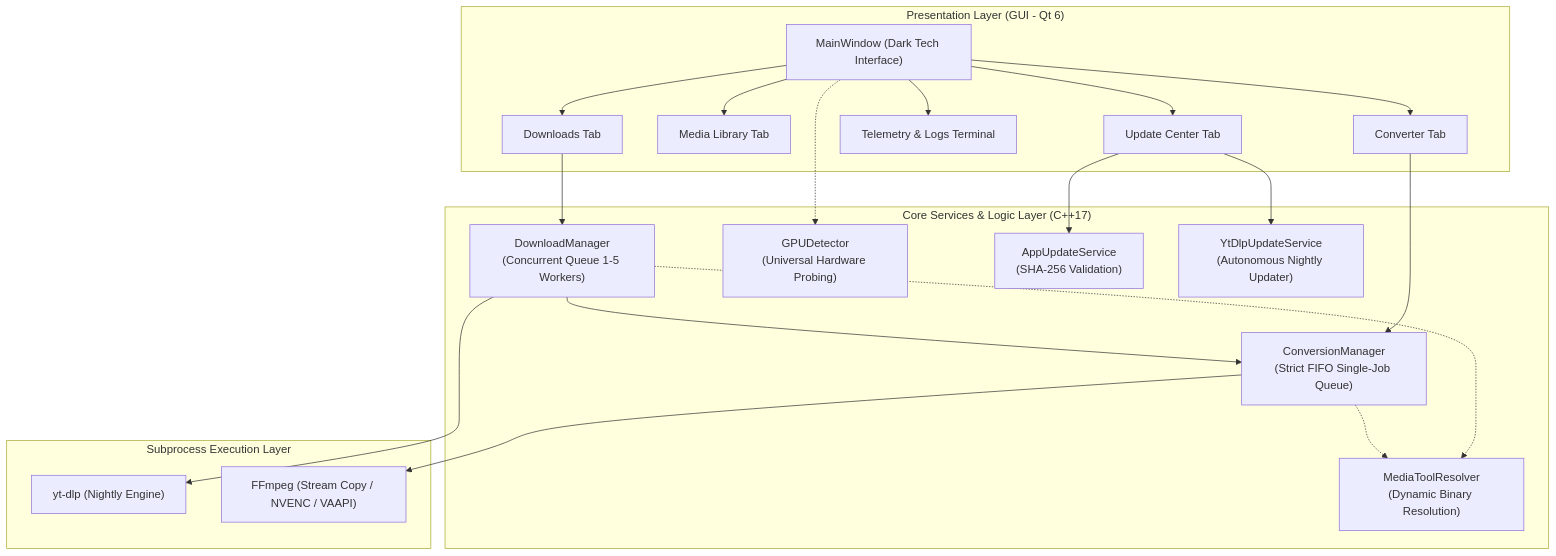
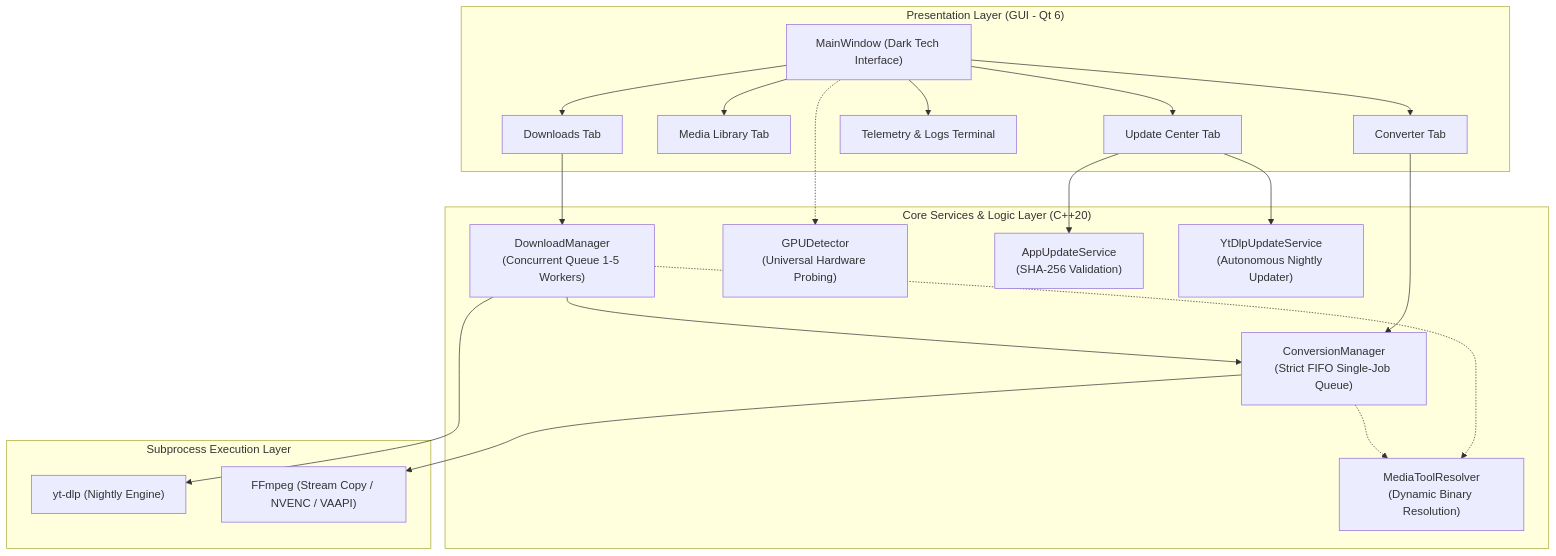
Before and after one commit to BadTonho/PrismDownloader: the first of 3 diagrams in docs/ARCHITECTURE.md, drawn with Mermaid. The commit also changed other lines of this file and 8 other files, not shown here.

````diff
--- a/docs/ARCHITECTURE.md
+++ b/docs/ARCHITECTURE.md
@@ -15,36 +15,36 @@
 ```mermaid
 flowchart TD
     subgraph UI_Layer ["Presentation Layer (GUI - Qt 6)"]
         MW["MainWindow (Dark Tech Interface)"]
         DL_Tab["Downloads Tab"]
         LIB_Tab["Media Library Tab"]
         CONV_Tab["Converter Tab"]
         LOG_Tab["Telemetry & Logs Terminal"]
         UPD_Tab["Update Center Tab"]
     end
 
-    subgraph Core_Services ["Core Services & Logic Layer (C++17)"]
+    subgraph Core_Services ["Core Services & Logic Layer (C++20)"]
         DM["DownloadManager\n(Concurrent Queue 1-5 Workers)"]
         CM["ConversionManager\n(Strict FIFO Single-Job Queue)"]
         GD["GPUDetector\n(Universal Hardware Probing)"]
         MTR["MediaToolResolver\n(Dynamic Binary Resolution)"]
         AUS["AppUpdateService\n(SHA-256 Validation)"]
         YUS["YtDlpUpdateService\n(Autonomous Nightly Updater)"]
     end
 
     subgraph Engine_Layer ["Subprocess Execution Layer"]
         YTDLP["yt-dlp (Nightly Engine)"]
         FFMPEG["FFmpeg (Stream Copy / NVENC / VAAPI)"]
     end
 
     MW --> DL_Tab & LIB_Tab & CONV_Tab & LOG_Tab & UPD_Tab
     DL_Tab --> DM
     CONV_Tab --> CM
     DM --> CM
     DM --> YTDLP
     CM --> FFMPEG
     DM -.-> MTR
     CM -.-> MTR
     UPD_Tab --> AUS & YUS
     MW -.-> GD
 ```
````
